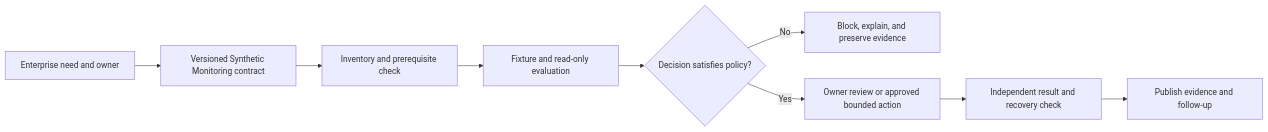
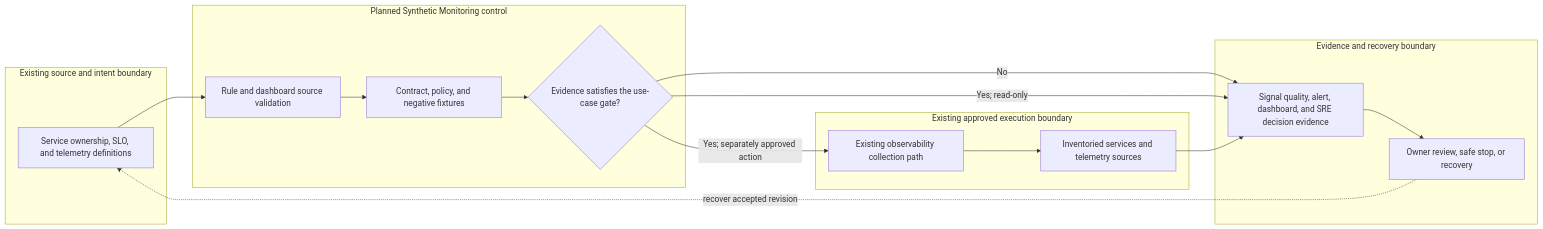
The diagram in docs/use-cases/observability/UC-OBS-012-synthetic-monitoring.md (MIDHTECH/enterprise-architecture-docs), drawn with Mermaid before and after one commit. The commit also changed other lines of this file and 227 other files, not shown here.

Commit message:
Deepen architecture for all use case designs

````diff
--- a/docs/use-cases/observability/UC-OBS-012-synthetic-monitoring.md
+++ b/docs/use-cases/observability/UC-OBS-012-synthetic-monitoring.md
@@ -136,11 +129,25 @@
 ```mermaid
 flowchart LR
-    Need["Enterprise need and owner"] --> Contract["Versioned Synthetic Monitoring contract"]
-    Contract --> Preflight["Inventory and prerequisite check"]
-    Preflight --> Evaluate["Fixture and read-only evaluation"]
-    Evaluate --> Decision{"Decision satisfies policy?"}
-    Decision -->|No| Stop["Block, explain, and preserve evidence"]
-    Decision -->|Yes| Review["Owner review or approved bounded action"]
-    Review --> Verify["Independent result and recovery check"]
-    Verify --> Publish["Publish evidence and follow-up"]
+    subgraph Source["Existing source and intent boundary"]
+        A["Service ownership, SLO, and telemetry definitions"]
+    end
+    subgraph Planned["Planned Synthetic Monitoring control"]
+        B["Rule and dashboard source validation"]
+        C["Contract, policy, and negative fixtures"]
+        D{"Evidence satisfies the use-case gate?"}
+    end
+    subgraph Runtime["Existing approved execution boundary"]
+        E["Existing observability collection path"]
+        F["Inventoried services and telemetry sources"]
+    end
+    subgraph Assurance["Evidence and recovery boundary"]
+        G["Signal quality, alert, dashboard, and SRE decision evidence"]
+        H["Owner review, safe stop, or recovery"]
+    end
+
+    A --> B --> C --> D
+    D -->|No| G --> H
+    D -->|Yes; read-only| G
+    D -->|Yes; separately approved action| E --> F --> G
+    H -. recover accepted revision .-> A
 ```
````
